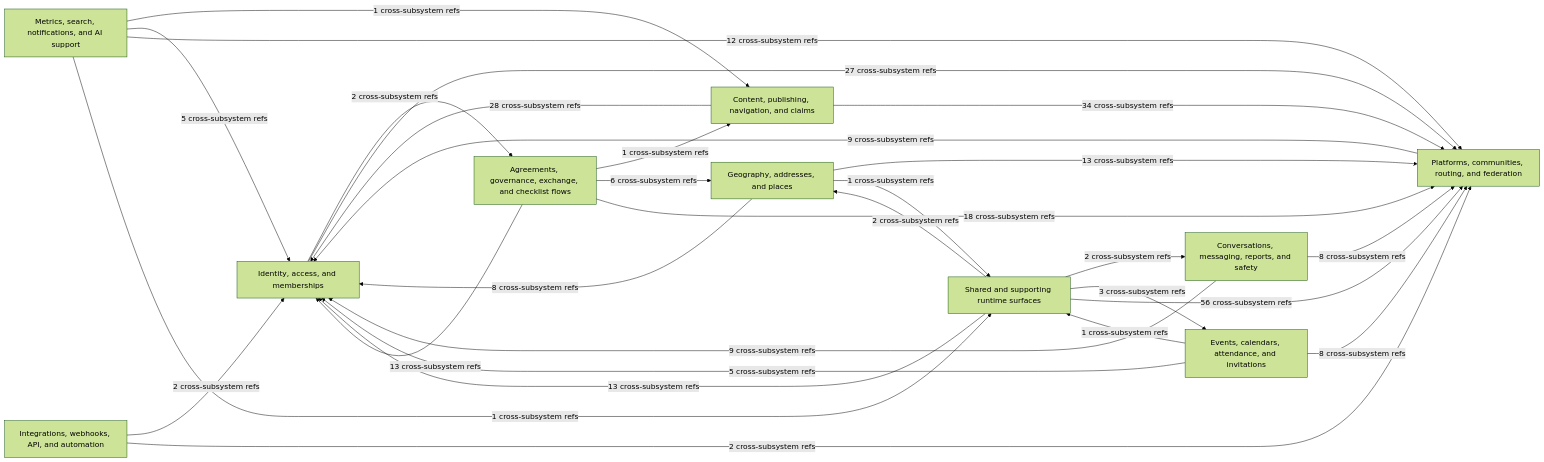
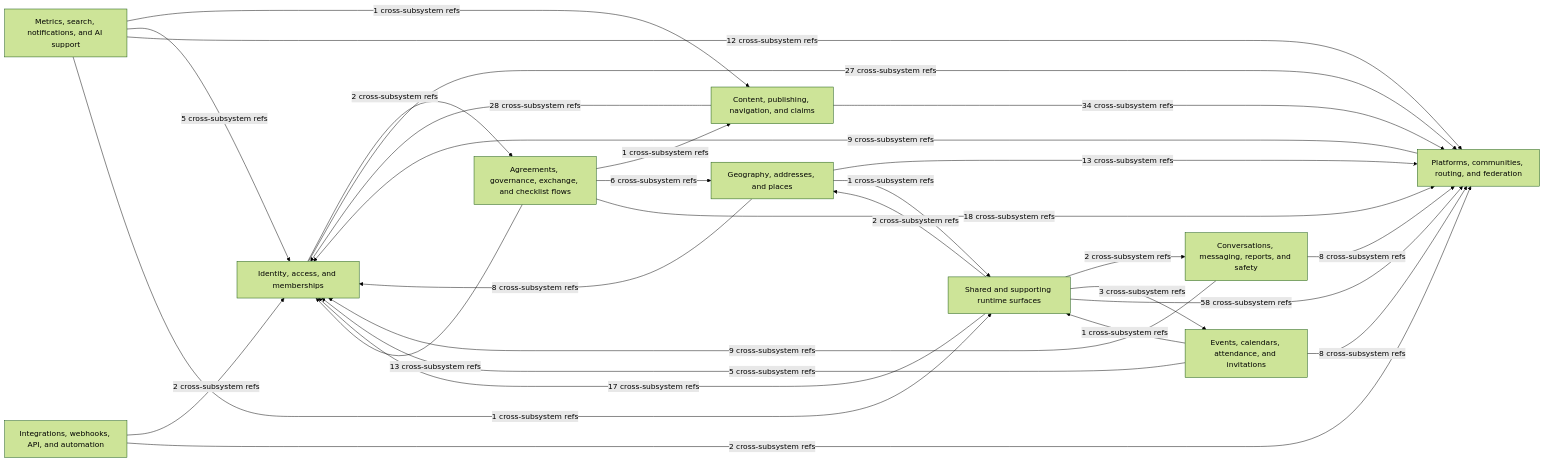
Before and after one commit to better-together-org/community-engine-rails: the diagram in docs/diagrams/source/ce_subsystem_interaction_map.mmd, drawn with Mermaid (forest theme). The commit also changed 17 other files, not shown here.

Commit message:
docs(diagrams): regenerate schema and subsystem ERD exports for trusted domains

```diff
--- a/docs/diagrams/source/ce_subsystem_interaction_map.mmd
+++ b/docs/diagrams/source/ce_subsystem_interaction_map.mmd
@@ -1,41 +1,41 @@
 %% Generated by scripts/export_subsystem_diagrams.rb
 flowchart LR
   identity_access["Identity, access, and memberships"]
   platform_network["Platforms, communities, routing, and federation"]
   content_publishing["Content, publishing, navigation, and claims"]
   geography_and_places["Geography, addresses, and places"]
   events_calendar["Events, calendars, attendance, and invitations"]
   conversations_safety["Conversations, messaging, reports, and safety"]
   exchange_governance["Agreements, governance, exchange, and checklist flows"]
   metrics_search_ai["Metrics, search, notifications, and AI support"]
   integrations_webhooks["Integrations, webhooks, API, and automation"]
   shared_supporting["Shared and supporting runtime surfaces"]
 
   content_publishing -->|28 cross-subsystem refs| identity_access
   content_publishing -->|34 cross-subsystem refs| platform_network
   conversations_safety -->|9 cross-subsystem refs| identity_access
   conversations_safety -->|8 cross-subsystem refs| platform_network
   events_calendar -->|5 cross-subsystem refs| identity_access
   events_calendar -->|8 cross-subsystem refs| platform_network
   events_calendar -->|1 cross-subsystem refs| shared_supporting
   exchange_governance -->|1 cross-subsystem refs| content_publishing
   exchange_governance -->|6 cross-subsystem refs| geography_and_places
   exchange_governance -->|13 cross-subsystem refs| identity_access
   exchange_governance -->|18 cross-subsystem refs| platform_network
   geography_and_places -->|8 cross-subsystem refs| identity_access
   geography_and_places -->|13 cross-subsystem refs| platform_network
   geography_and_places -->|1 cross-subsystem refs| shared_supporting
   identity_access -->|2 cross-subsystem refs| exchange_governance
   identity_access -->|27 cross-subsystem refs| platform_network
   integrations_webhooks -->|2 cross-subsystem refs| identity_access
   integrations_webhooks -->|2 cross-subsystem refs| platform_network
   metrics_search_ai -->|1 cross-subsystem refs| content_publishing
   metrics_search_ai -->|5 cross-subsystem refs| identity_access
   metrics_search_ai -->|12 cross-subsystem refs| platform_network
   metrics_search_ai -->|1 cross-subsystem refs| shared_supporting
   platform_network -->|9 cross-subsystem refs| identity_access
   shared_supporting -->|2 cross-subsystem refs| conversations_safety
   shared_supporting -->|3 cross-subsystem refs| events_calendar
   shared_supporting -->|2 cross-subsystem refs| geography_and_places
-  shared_supporting -->|13 cross-subsystem refs| identity_access
-  shared_supporting -->|56 cross-subsystem refs| platform_network
+  shared_supporting -->|17 cross-subsystem refs| identity_access
+  shared_supporting -->|58 cross-subsystem refs| platform_network
```
